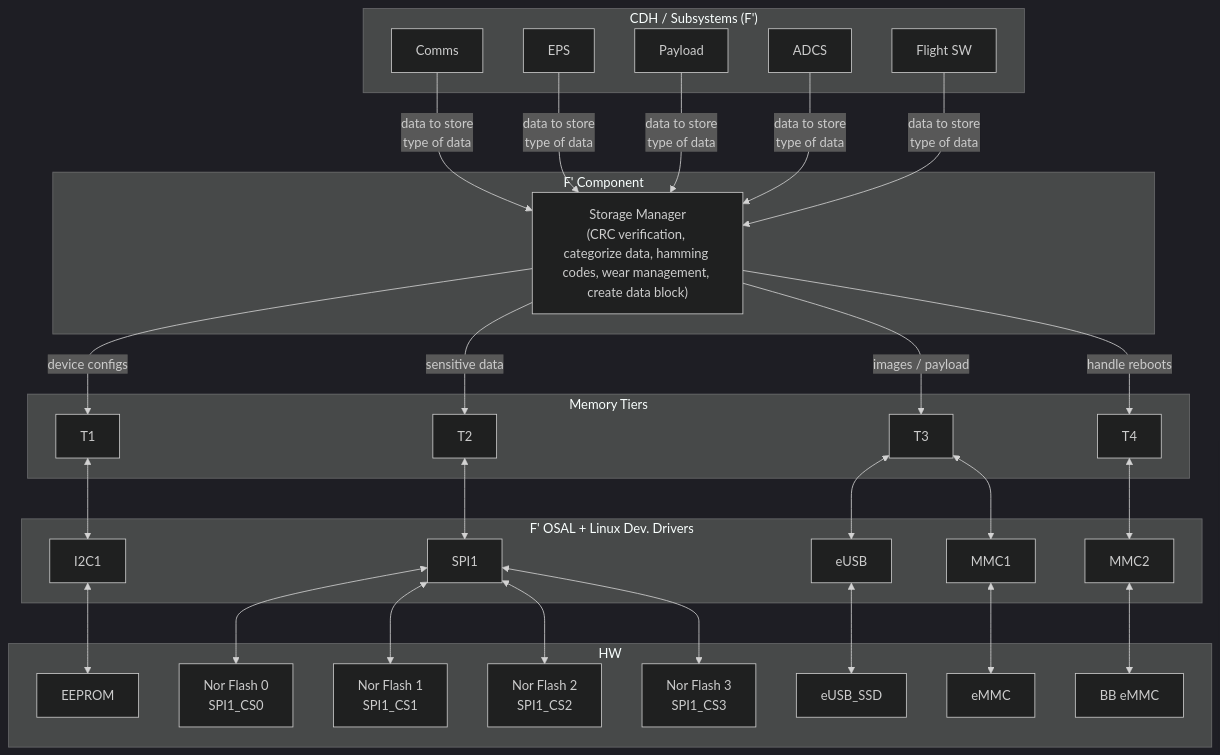
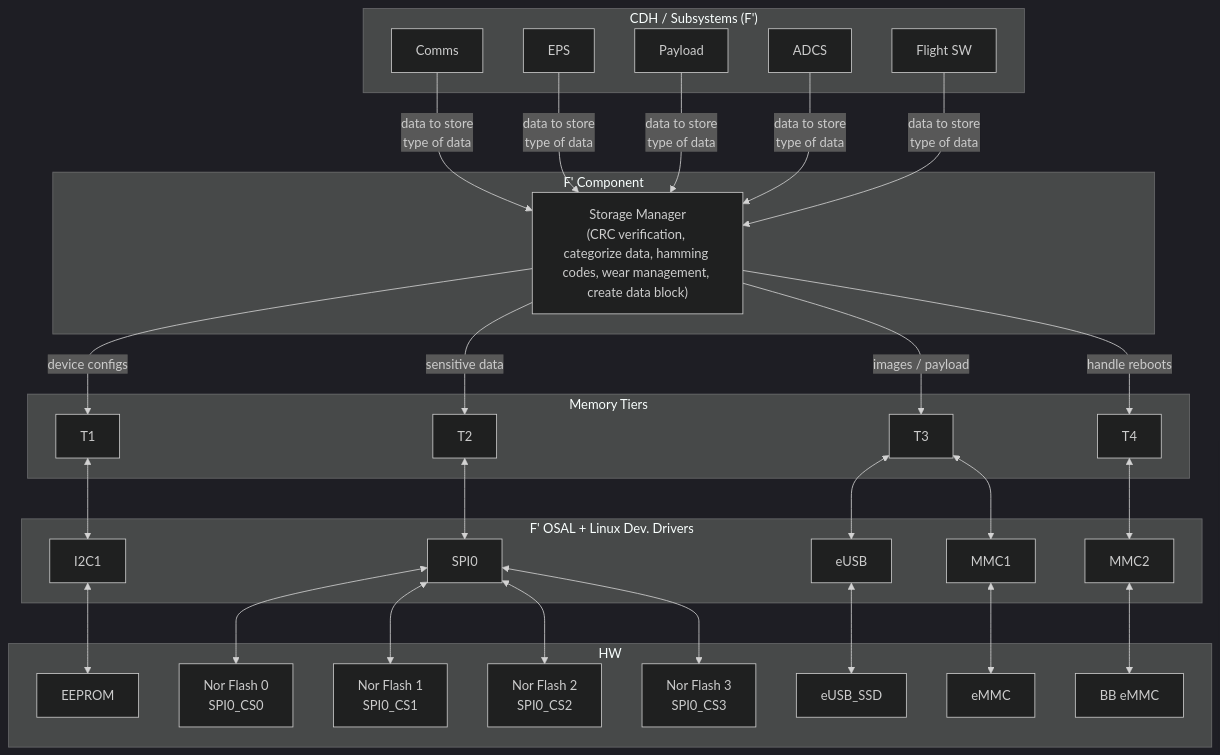
Before and after one commit to UWCubeSat/hs2-software-design: the third of 3 diagrams in docs/Core/FlightComputerMemory.md, drawn with Mermaid (dark theme).

````diff
--- a/docs/Core/FlightComputerMemory.md
+++ b/docs/Core/FlightComputerMemory.md
@@ -59,70 +59,70 @@
 ```mermaid
 graph TD
     subgraph CDH_Subsystems ["CDH / Subsystems (F')"]
         Comms[Comms]
         EPS[EPS]
         Payload[Payload]
         ADCS[ADCS]
         FlightSW[Flight SW]
     end
 
     subgraph F_Component ["F' Component"]
         StorageManager["Storage Manager<br/>(CRC verification, categorize data, hamming codes, wear management, create data block)"]
     end
 
     subgraph F_OSAL ["Memory Tiers"]
         T1_Interface[T1]
         T2_Interface[T2]
         T3_Interface[T3]
         T4_Interface[T4]
     end
 
     subgraph Linux_Drivers ["F' OSAL + Linux Dev. Drivers"]
         I2C[I2C1]
-        SPI1[SPI1]
+        SPI0[SPI0]
         eUSB[eUSB]
         MMC1[MMC1]
         MMC2[MMC2]
     end
 
     subgraph HW ["HW"]
         EEPROM_HW[EEPROM]
-        NOR0_HW[Nor Flash 0<br/>SPI1_CS0]
-        NOR1_HW[Nor Flash 1<br/>SPI1_CS1]
-        NOR2_HW[Nor Flash 2<br/>SPI1_CS2]
-        NOR3_HW[Nor Flash 3<br/>SPI1_CS3]
+        NOR0_HW[Nor Flash 0<br/>SPI0_CS0]
+        NOR1_HW[Nor Flash 1<br/>SPI0_CS1]
+        NOR2_HW[Nor Flash 2<br/>SPI0_CS2]
+        NOR3_HW[Nor Flash 3<br/>SPI0_CS3]
         eUSB_SSD_HW[eUSB_SSD]
         eMMC_HW[eMMC]
         BB_eMMC_HW[BB eMMC]
     end
 
     %% Data Flow - CDH Subsystems to Storage Manager
     Comms -->|data to store<br/>type of data| StorageManager
     EPS -->|data to store<br/>type of data| StorageManager
     Payload -->|data to store<br/>type of data| StorageManager
     ADCS -->|data to store<br/>type of data| StorageManager
     FlightSW -->|data to store<br/>type of data| StorageManager
     
     %% Storage Manager to Tiers
     StorageManager -- "device configs" --> T1_Interface
     StorageManager -- "sensitive data" --> T2_Interface
     StorageManager -- "images / payload" --> T3_Interface
     StorageManager -- "handle reboots" --> T4_Interface
 
     %% Interfaces to Drivers
     T1_Interface <--> I2C
-    T2_Interface <--> SPI1
+    T2_Interface <--> SPI0
     T3_Interface <--> eUSB
     T3_Interface <--> MMC1
     T4_Interface <--> MMC2
 
     %% Drivers to HW
     I2C <--> EEPROM_HW
-    SPI1 <--> NOR0_HW
-    SPI1 <--> NOR1_HW
-    SPI1 <--> NOR2_HW
-    SPI1 <--> NOR3_HW
+    SPI0 <--> NOR0_HW
+    SPI0 <--> NOR1_HW
+    SPI0 <--> NOR2_HW
+    SPI0 <--> NOR3_HW
     eUSB <--> eUSB_SSD_HW
     MMC1 <--> eMMC_HW
     MMC2 <--> BB_eMMC_HW
 ```
````
